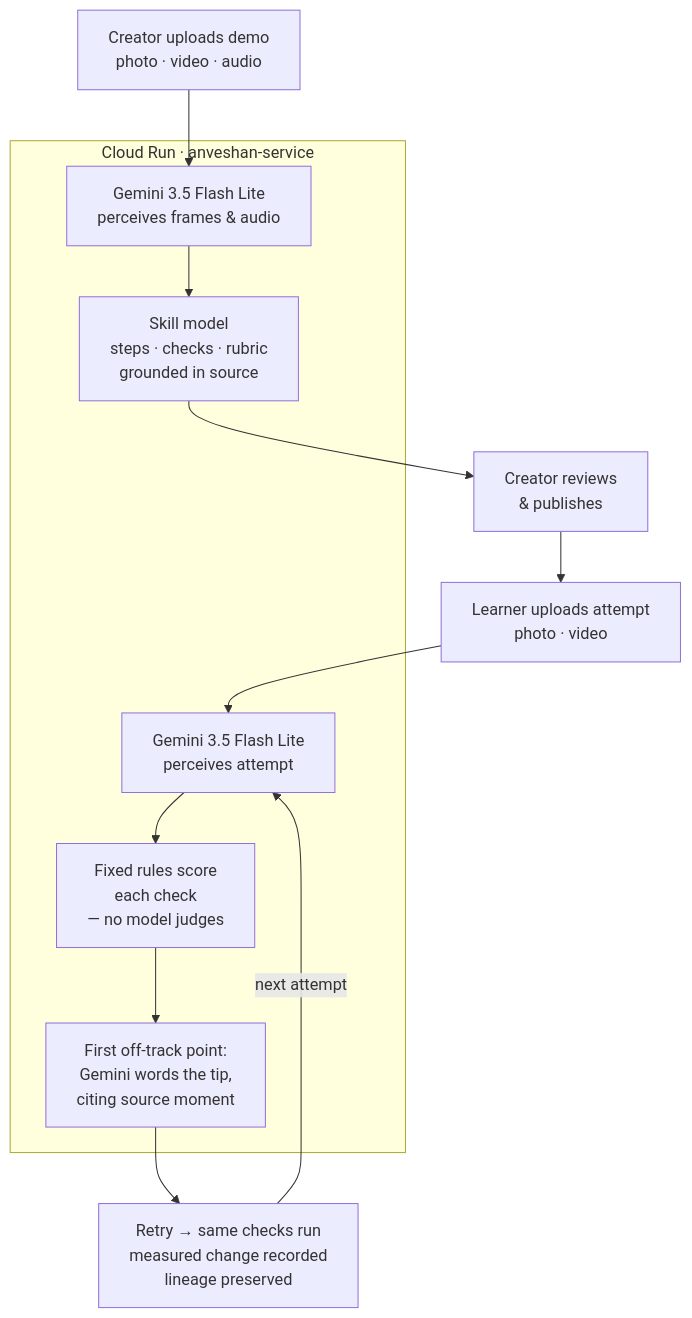
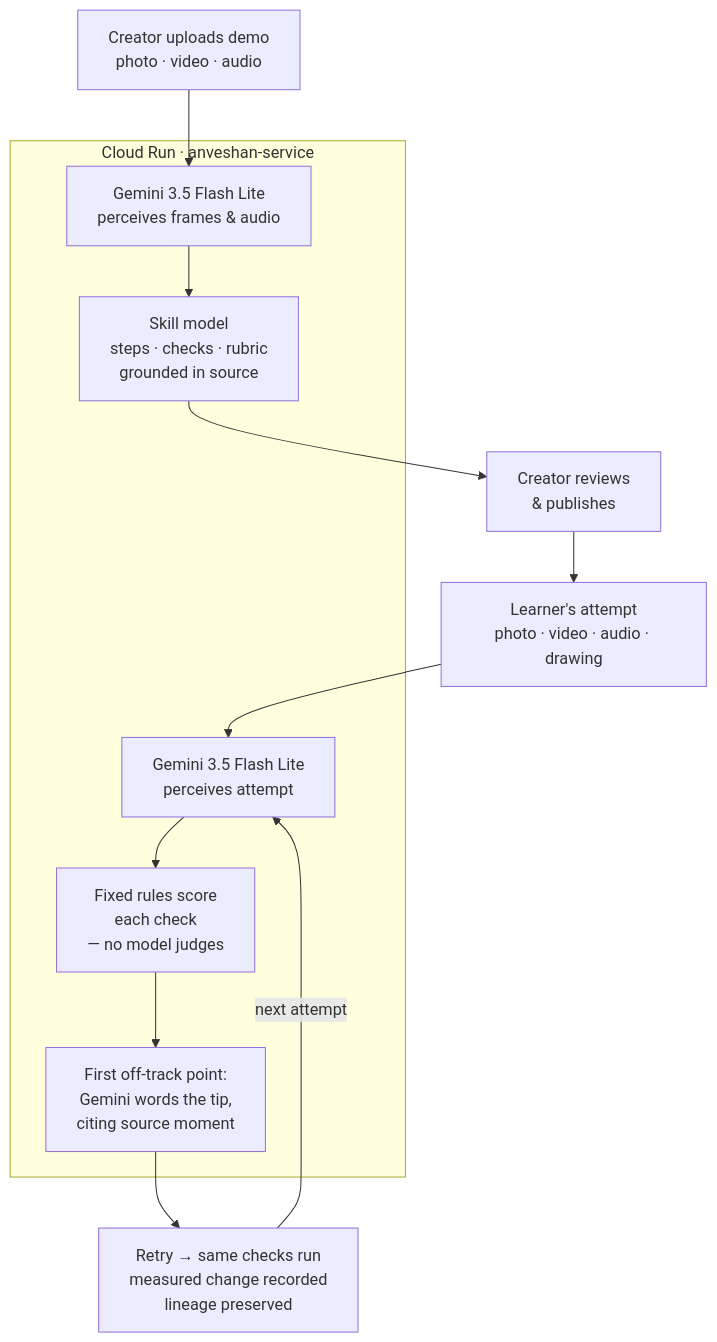
Before and after one commit to learnermaker/anveshan: the diagram in docs/diagrams/AR-02-judge-architecture.mmd, drawn with Mermaid. The commit also changed 4 other files, not shown here.

Commit message:
docs(k10): merge Track B submission drafts; fix Mermaid line breaks, duplicate heading, stale mode/test/stability facts

```diff
--- a/docs/diagrams/AR-02-judge-architecture.mmd
+++ b/docs/diagrams/AR-02-judge-architecture.mmd
@@ -1,22 +1,22 @@
 %%{init: {"theme": "default"}}%%
 %% Mirror: this block is embedded verbatim in README.md "How it works".
 %% Update both files when you change the diagram.
 
 flowchart TD
-    A["Creator uploads demo\nphoto · video · audio"] --> B["Gemini 3.5 Flash Lite\nperceives frames & audio"]
-    B --> C["Skill model\nsteps · checks · rubric\ngrounded in source"]
-    C --> D["Creator reviews\n& publishes"]
-    D --> E["Learner uploads attempt\nphoto · video"]
-    E --> F["Gemini 3.5 Flash Lite\nperceives attempt"]
-    F --> G["Fixed rules score\neach check\n— no model judges"]
-    G --> H["First off-track point:\nGemini words the tip,\nciting source moment"]
-    H --> I["Retry → same checks run\nmeasured change recorded\nlineage preserved"]
+    A["Creator uploads demo<br/>photo · video · audio"] --> B["Gemini 3.5 Flash Lite<br/>perceives frames & audio"]
+    B --> C["Skill model<br/>steps · checks · rubric<br/>grounded in source"]
+    C --> D["Creator reviews<br/>& publishes"]
+    D --> E["Learner's attempt<br/>photo · video · audio · drawing"]
+    E --> F["Gemini 3.5 Flash Lite<br/>perceives attempt"]
+    F --> G["Fixed rules score<br/>each check<br/>— no model judges"]
+    G --> H["First off-track point:<br/>Gemini words the tip,<br/>citing source moment"]
+    H --> I["Retry → same checks run<br/>measured change recorded<br/>lineage preserved"]
     I -->|"next attempt"| F
 
     subgraph cloud["Cloud Run · anveshan-service"]
         B
         C
         F
         G
         H
     end
```
